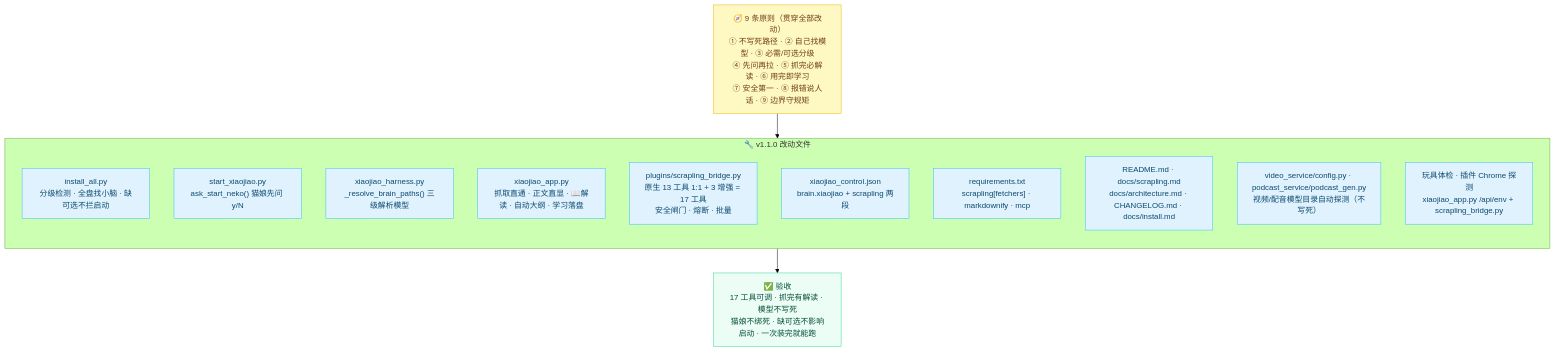
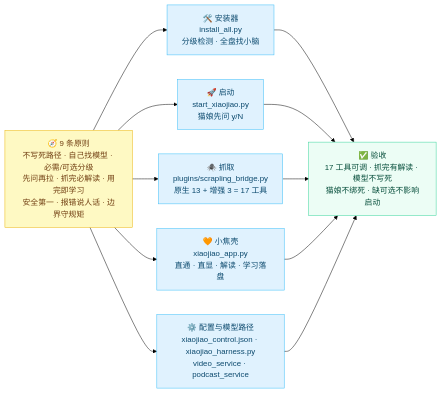
Before and after one commit to jiangchuangege/xiaojiao-harness: diagram 11 of 14 in README.md, drawn with Mermaid (forest theme). The commit also changed other lines of this file and 1 other file, not shown here.

Commit message:
docs: 图与表去杂——抓取数据流图拆成两张清爽小图(主流程 + 插件组件), 改动全景图从 10 个文件节点压成 5 个分组, 原则表改成清单(不再竖排挤字), 增强工具表修掉挤成一团的单元格; 边界四条改成一句免责声明

````diff
--- a/README.md
+++ b/README.md
@@ -946,28 +946,23 @@
 ```mermaid
-flowchart TB
-    P["🧭 9 条原则（贯穿全部改动）<br/>① 不写死路径 · ② 自己找模型 · ③ 必需/可选分级<br/>④ 先问再拉 · ⑤ 抓完必解读 · ⑥ 用完即学习<br/>⑦ 安全第一 · ⑧ 报错说人话 · ⑨ 边界守规矩"]
+flowchart LR
+    P["🧭 9 条原则<br/>不写死路径 · 自己找模型 · 必需/可选分级<br/>先问再拉 · 抓完必解读 · 用完即学习<br/>安全第一 · 报错说人话 · 边界守规矩"]
 
-    subgraph CHG["🔧 v1.1.0 改动文件"]
-        direction TB
-        F1["install_all.py<br/>分级检测 · 全盘找小脑 · 缺可选不拦启动"]
-        F2["start_xiaojiao.py<br/>ask_start_neko() 猫娘先问 y/N"]
-        F3["xiaojiao_harness.py<br/>_resolve_brain_paths() 三级解析模型"]
-        F4["xiaojiao_app.py<br/>抓取直通 · 正文直显 · 📖解读 · 自动大纲 · 学习落盘"]
-        F5["plugins/scrapling_bridge.py<br/>原生 13 工具 1:1 + 3 增强 = 17 工具<br/>安全闸门 · 熔断 · 批量"]
-        F6["xiaojiao_control.json<br/>brain.xiaojiao + scrapling 两段"]
-        F7["requirements.txt<br/>scrapling[fetchers] · markdownify · mcp"]
-        F8["README.md · docs/scrapling.md<br/>docs/architecture.md · CHANGELOG.md · docs/install.md"]
-        F9["video_service/config.py · podcast_service/podcast_gen.py<br/>视频/配音模型目录自动探测（不写死）"]
-        F10["玩具体检 · 插件 Chrome 探测<br/>xiaojiao_app.py /api/env + scrapling_bridge.py"]
-    end
+    P --> A["🛠️ 安装器<br/>install_all.py<br/>分级检测 · 全盘找小脑"]
+    P --> B["🚀 启动<br/>start_xiaojiao.py<br/>猫娘先问 y/N"]
+    P --> C["🕷️ 抓取<br/>plugins/scrapling_bridge.py<br/>原生 13 + 增强 3 = 17 工具"]
+    P --> D["🧡 小焦壳<br/>xiaojiao_app.py<br/>直通 · 直显 · 解读 · 学习落盘"]
+    P --> E["⚙️ 配置与模型路径<br/>xiaojiao_control.json · xiaojiao_harness.py<br/>video_service · podcast_service"]
 
-    P --> CHG
-    CHG --> V["✅ 验收<br/>17 工具可调 · 抓完有解读 · 模型不写死<br/>猫娘不绑死 · 缺可选不影响启动 · 一次装完就能跑"]
+    A --> V["✅ 验收<br/>17 工具可调 · 抓完有解读 · 模型不写死<br/>猫娘不绑死 · 缺可选不影响启动"]
+    B --> V
+    C --> V
+    D --> V
+    E --> V
 
     classDef p fill:#fef9c3,stroke:#eab308,color:#713f12;
     classDef f fill:#e0f2fe,stroke:#38bdf8,color:#0c4a6e;
     classDef v fill:#ecfdf5,stroke:#34d399,color:#064e3b;
     class P p;
-    class F1,F2,F3,F4,F5,F6,F7,F8,F9,F10 f;
+    class A,B,C,D,E f;
     class V v;
 ```
````
